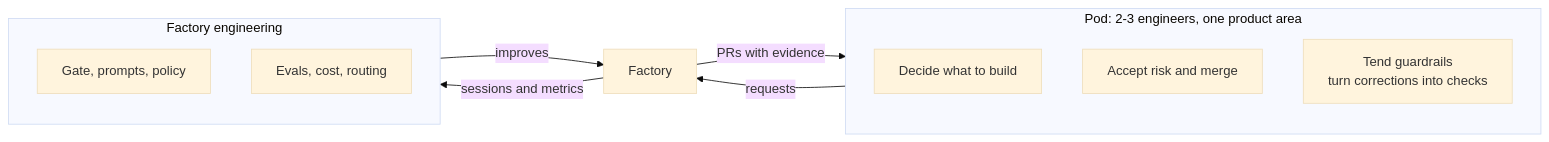
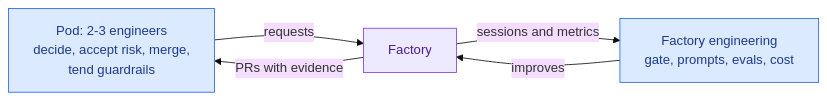
Before and after one commit to icelink-ai/software-factory-manifesto: the diagram in docs/09-adoption/human-roles.md, drawn with Mermaid (base theme). The commit also changed other lines of this file and 73 other files, not shown here.

````diff
--- a/docs/09-adoption/human-roles.md
+++ b/docs/09-adoption/human-roles.md
@@ -28,16 +38,12 @@
 ```mermaid
 flowchart LR
-    subgraph Pod["Pod: 2-3 engineers, one product area"]
-        D["Decide what to build"]
-        A["Accept risk and merge"]
-        T["Tend guardrails<br/>turn corrections into checks"]
-    end
-    subgraph FE["Factory engineering"]
-        G["Gate, prompts, policy"]
-        E["Evals, cost, routing"]
-    end
-    Pod -->|requests| F[Factory]
-    F -->|PRs with evidence| Pod
-    FE -->|improves| F
-    F -->|sessions and metrics| FE
+    POD["Pod: 2-3 engineers<br/>decide, accept risk, merge,<br/>tend guardrails"]:::person -->|requests| F["Factory"]:::agent
+    F -->|"PRs with evidence"| POD
+    FE["Factory engineering<br/>gate, prompts, evals, cost"]:::person -->|improves| F
+    F -->|"sessions and metrics"| FE
+    classDef person fill:#dbeafe,stroke:#2563eb,color:#1e3a8a
+    classDef script fill:#f1f5f9,stroke:#64748b,color:#0f172a
+    classDef agent fill:#ede9fe,stroke:#7c3aed,color:#4c1d95
+    classDef state fill:#dcfce7,stroke:#16a34a,color:#14532d
+    classDef stop fill:#ffedd5,stroke:#ea580c,color:#7c2d12
 ```
````
